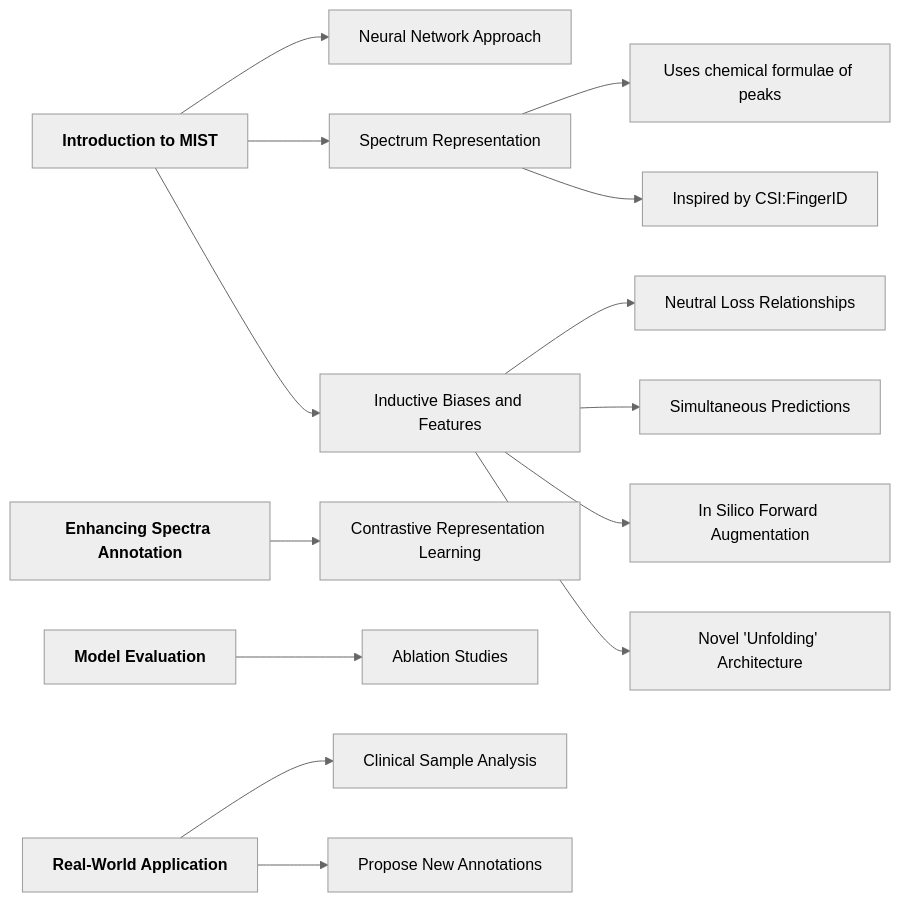
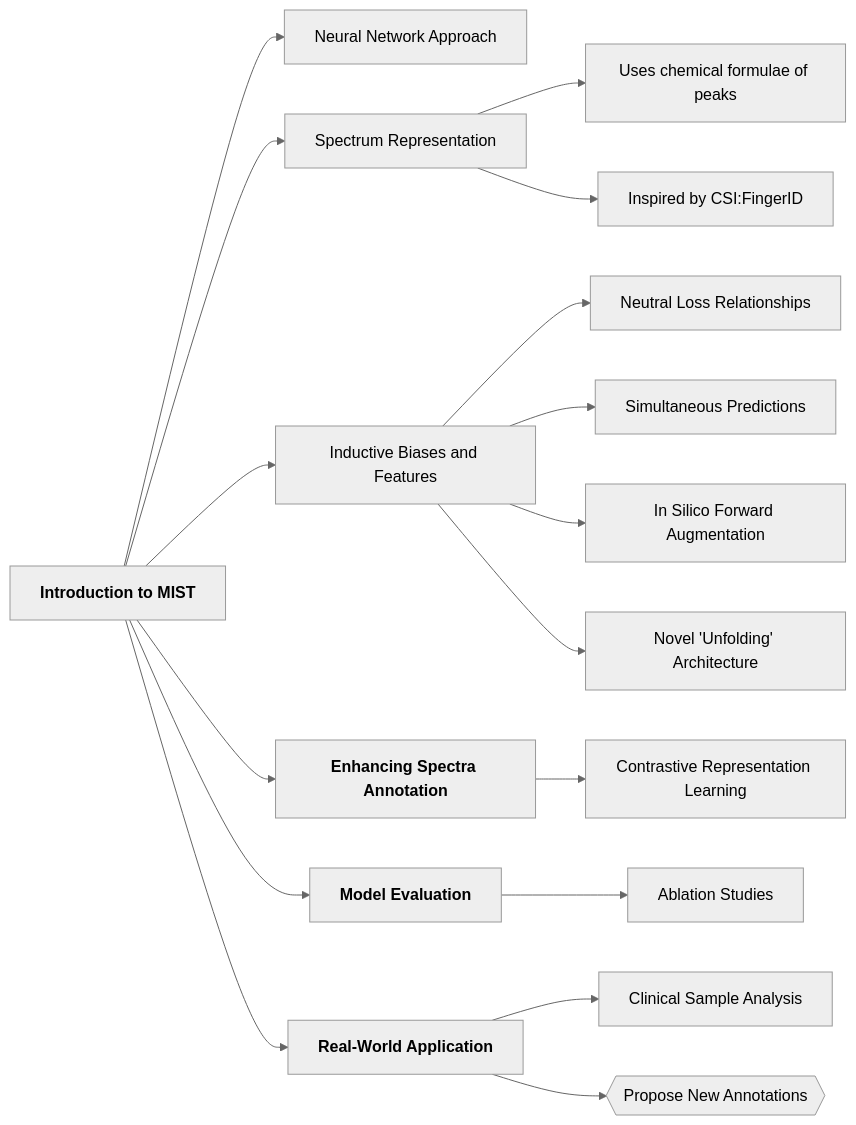
One commit to lamalab-org/toolminutes changed the diagram in papers/Metabolite_MS_Transformer/annotating-metabolite-mass-spectra-with-domain-inspired-chemical-formula-transformers.md. Above: the diagram before and after it, drawn with Mermaid (neutral theme). The commit also changed other lines of this file, not shown here.

Commit message:
flowchart

````diff
--- a/papers/Metabolite_MS_Transformer/annotating-metabolite-mass-spectra-with-domain-inspired-chemical-formula-transformers.md
+++ b/papers/Metabolite_MS_Transformer/annotating-metabolite-mass-spectra-with-domain-inspired-chemical-formula-transformers.md
@@ -7,22 +7,25 @@
 ```mermaid
 %%{init: {"flowchart": {"htmlLabels": true}} }%%
 flowchart LR;
 
 Introduction_MIST["<b><center>Introduction to MIST</center></b>"] --> Neural_Network_Approach["Neural Network Approach"];
 Introduction_MIST --> Spectrum_Representation["Spectrum Representation"];
 Introduction_MIST --> Inductive_Biases_and_Features["Inductive Biases and Features"];
 Inductive_Biases_and_Features --> Neutral_Loss_Relationships["Neutral Loss Relationships"];
 Inductive_Biases_and_Features --> Simultaneous_Predictions["Simultaneous Predictions"];
 Inductive_Biases_and_Features --> In_Silico_Forward_Augmentation["In Silico Forward Augmentation"];
 Inductive_Biases_and_Features --> Novel_Unfolding_Architecture["Novel 'Unfolding' Architecture"];
 Spectrum_Representation --> Chemical_Formulae_of_Peaks["Uses chemical formulae of peaks"];
 Spectrum_Representation --> Inspired_by_CSI_FingerID["Inspired by CSI:FingerID"];
 
-Enhancing_Spectra_Annotation["<b><center>Enhancing Spectra Annotation</center></b>"] --> Contrastive_Representation_Learning["Contrastive Representation Learning"];
-Model_Evaluation["<b><center>Model Evaluation</center></b>"] --> Ablation_Studies["Ablation Studies"];
-Real_World_Application["<b><center>Real-World Application</center></b>"] --> Clinical_Sample_Analysis["Clinical Sample Analysis"];
-Real_World_Application --> Propose_New_Annotations["Propose New Annotations"];
+Introduction_MIST --> Enhancing_Spectra_Annotation["<b><center>Enhancing Spectra Annotation</center></b>"];
+Enhancing_Spectra_Annotation --> Contrastive_Representation_Learning["Contrastive Representation Learning"];
 
+Introduction_MIST --> Model_Evaluation["<b><center>Model Evaluation</center></b>"];
+Model_Evaluation --> Ablation_Studies["Ablation Studies"];
 
+Introduction_MIST --> Real_World_Application["<b><center>Real-World Application</center></b>"];
+Real_World_Application --> Clinical_Sample_Analysis["Clinical Sample Analysis"];
+Real_World_Application --> Propose_New_Annotations{{"Propose New Annotations"}}
 
 ```
````
